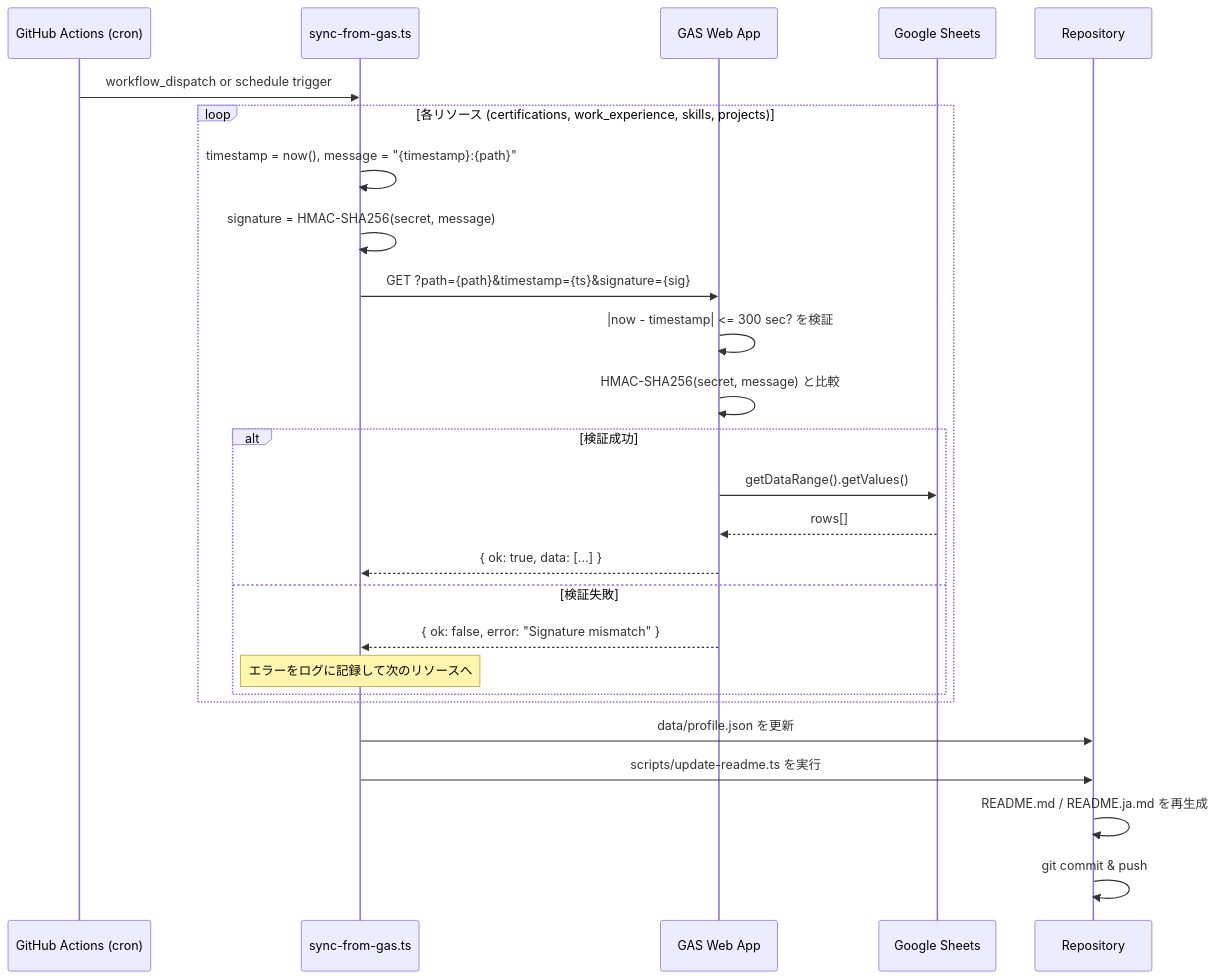
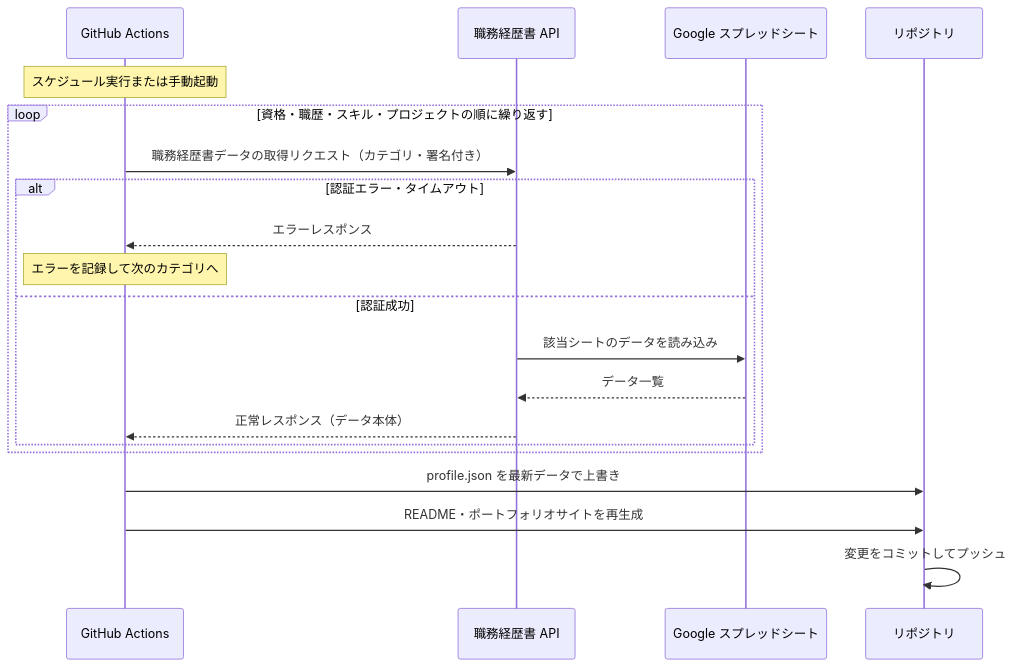
One commit to ageha734/ageha734 changed the diagram in docs/sequence/sync.md. Above: the diagram before and after it, drawn with Mermaid. The commit also changed other lines of this file and 19 other files, not shown here.

Commit message:
Enhance README and portfolio generation: update scripts to include portfolio generation, modify workflows for README updates, and improve profile data structure. Remove obsolete API documentation and add new authentication flow diagrams.

````diff
--- a/docs/sequence/sync.md
+++ b/docs/sequence/sync.md
@@ -5,29 +11,25 @@
 ```mermaid
 sequenceDiagram
-    participant Cron as GitHub Actions (cron)
-    participant Node as sync-from-gas.ts
-    participant GAS as GAS Web App
-    participant Sheet as Google Sheets
-    participant Repo as Repository
+    participant CI as GitHub Actions
+    participant API as 職務経歴書 API
+    participant Sheet as Google スプレッドシート
+    participant Repo as リポジトリ
 
-    Cron->>Node: workflow_dispatch or schedule trigger
-    loop 各リソース (certifications, work_experience, skills, projects)
-        Node->>Node: timestamp = now(), message = "{timestamp}:{path}"
-        Node->>Node: signature = HMAC-SHA256(secret, message)
-        Node->>GAS: GET ?path={path}&timestamp={ts}&signature={sig}
-        GAS->>GAS: |now - timestamp| <= 300 sec? を検証
-        GAS->>GAS: HMAC-SHA256(secret, message) と比較
-        alt 検証成功
-            GAS->>Sheet: getDataRange().getValues()
-            Sheet-->>GAS: rows[]
-            GAS-->>Node: { ok: true, data: [...] }
-        else 検証失敗
-            GAS-->>Node: { ok: false, error: "Signature mismatch" }
-            Note over Node: エラーをログに記録して次のリソースへ
+    Note over CI: スケジュール実行または手動起動
+
+    loop 資格・職歴・スキル・プロジェクトの順に繰り返す
+        CI->>API: 職務経歴書データの取得リクエスト（カテゴリ・署名付き）
+        alt 認証エラー・タイムアウト
+            API-->>CI: エラーレスポンス
+            Note over CI: エラーを記録して次のカテゴリへ
+        else 認証成功
+            API->>Sheet: 該当シートのデータを読み込み
+            Sheet-->>API: データ一覧
+            API-->>CI: 正常レスポンス（データ本体）
         end
     end
-    Node->>Repo: data/profile.json を更新
-    Node->>Repo: scripts/update-readme.ts を実行
-    Repo->>Repo: README.md / README.ja.md を再生成
-    Repo->>Repo: git commit & push
+
+    CI->>Repo: profile.json を最新データで上書き
+    CI->>Repo: README・ポートフォリオサイトを再生成
+    Repo->>Repo: 変更をコミットしてプッシュ
 ```
````
